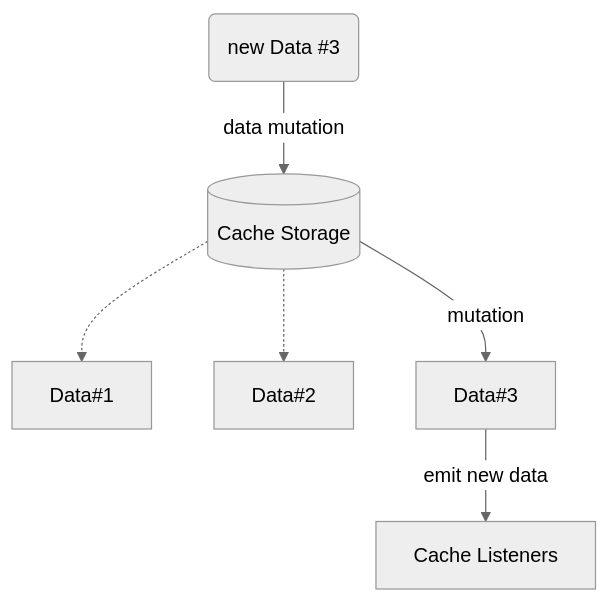
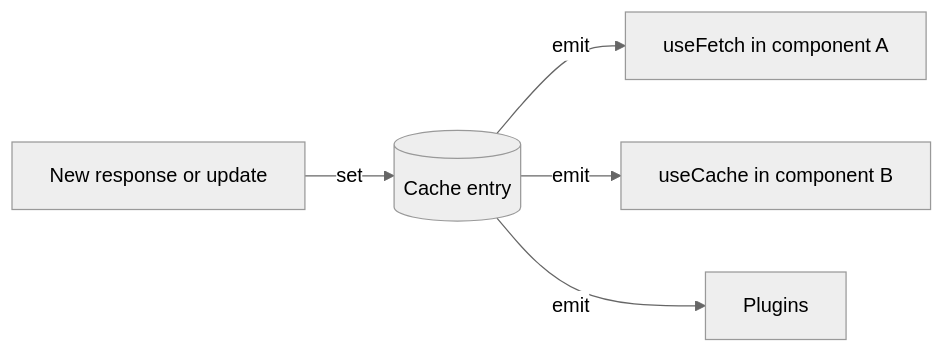
One commit to BetterTyped/hyper-fetch changed the third of 3 diagrams in documentation/docs/core/data-flow.mdx. Above: the diagram before and after it, drawn with Mermaid (neutral theme). The commit also changed other lines of this file and 211 other files, not shown here.

````diff
--- a/documentation/docs/core/data-flow.mdx
+++ b/documentation/docs/core/data-flow.mdx
@@ -70,11 +66,7 @@
 ```mermaid
-graph TD
-    A(new Data #3)
-    C[(Cache Storage)]
-    B[Cache Listeners]
-    C -.-> D[Data#1]
-    C -.-> D2[Data#2]
-    A -->|data mutation| C
-    C -->|mutation| E[Data#3]
-    E -->|emit new data| B
+graph LR
+    N[New response or update] -->|set| C[(Cache entry)]
+    C -->|emit| L1[useFetch in component A]
+    C -->|emit| L2[useCache in component B]
+    C -->|emit| L3[Plugins]
 ```
````
